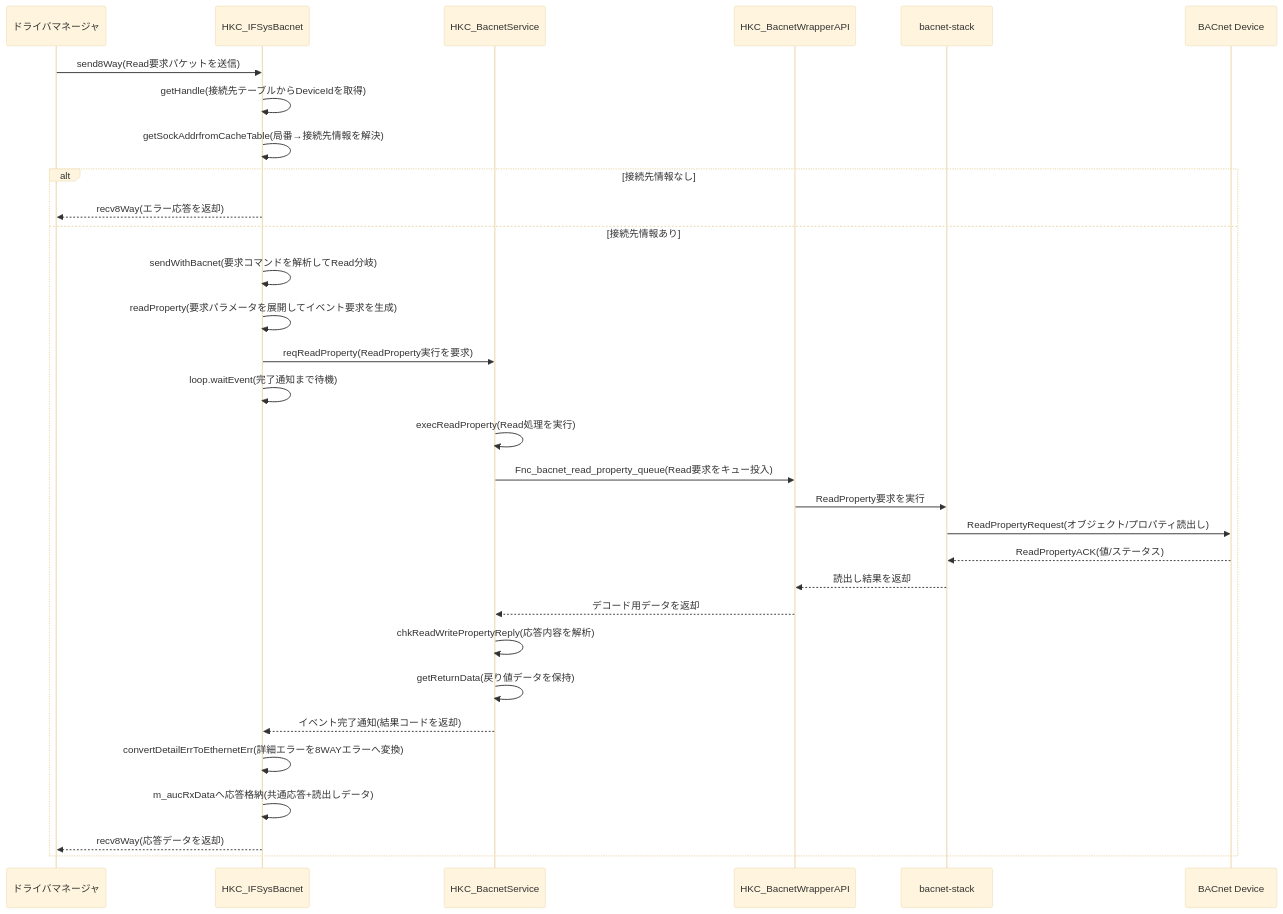
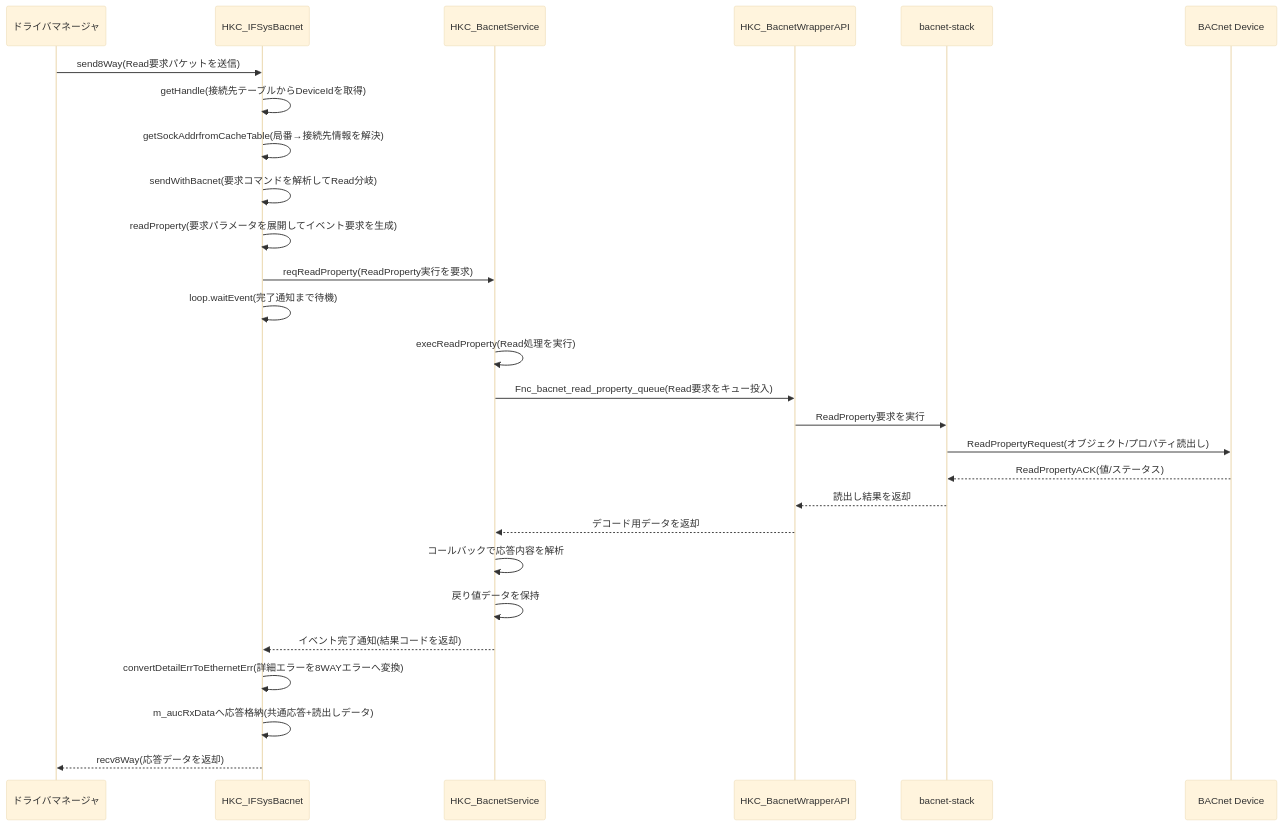
One commit to moto046/markdown-test changed the sixth of 8 diagrams in bacnet.md. Above: the diagram before and after it, drawn with Mermaid (base theme). The commit also changed other lines of this file, not shown here.

````diff
--- a/bacnet.md
+++ b/bacnet.md
@@ -93,37 +185,33 @@
 ```mermaid
 sequenceDiagram
   participant DM as ドライバマネージャ
   participant BAC as HKC_IFSysBacnet
   participant SVC as HKC_BacnetService
   participant WRP as HKC_BacnetWrapperAPI
   participant STK as bacnet-stack
   participant DEV as BACnet Device
 
   DM->>BAC: send8Way(Read要求パケットを送信)
   BAC->>BAC: getHandle(接続先テーブルからDeviceIdを取得)
   BAC->>BAC: getSockAddrfromCacheTable(局番→接続先情報を解決)
 
-  alt 接続先情報なし
-    BAC-->>DM: recv8Way(エラー応答を返却)
-  else 接続先情報あり
-    BAC->>BAC: sendWithBacnet(要求コマンドを解析してRead分岐)
-    BAC->>BAC: readProperty(要求パラメータを展開してイベント要求を生成)
-    BAC->>SVC: reqReadProperty(ReadProperty実行を要求)
-    BAC->>BAC: loop.waitEvent(完了通知まで待機)
+  BAC->>BAC: sendWithBacnet(要求コマンドを解析してRead分岐)
+  BAC->>BAC: readProperty(要求パラメータを展開してイベント要求を生成)
+  BAC->>SVC: reqReadProperty(ReadProperty実行を要求)
+  BAC->>BAC: loop.waitEvent(完了通知まで待機)
 
-    SVC->>SVC: execReadProperty(Read処理を実行)
-    SVC->>WRP: Fnc_bacnet_read_property_queue(Read要求をキュー投入)
-    WRP->>STK: ReadProperty要求を実行
-    STK->>DEV: ReadPropertyRequest(オブジェクト/プロパティ読出し)
-    DEV-->>STK: ReadPropertyACK(値/ステータス)
-    STK-->>WRP: 読出し結果を返却
-    WRP-->>SVC: デコード用データを返却
-    SVC->>SVC: chkReadWritePropertyReply(応答内容を解析)
-    SVC->>SVC: getReturnData(戻り値データを保持)
-    SVC-->>BAC: イベント完了通知(結果コードを返却)
+  SVC->>SVC: execReadProperty(Read処理を実行)
+  SVC->>WRP: Fnc_bacnet_read_property_queue(Read要求をキュー投入)
+  WRP->>STK: ReadProperty要求を実行
+  STK->>DEV: ReadPropertyRequest(オブジェクト/プロパティ読出し)
+  DEV-->>STK: ReadPropertyACK(値/ステータス)
+  STK-->>WRP: 読出し結果を返却
+  WRP-->>SVC: デコード用データを返却
+  SVC->>SVC: コールバックで応答内容を解析
+  SVC->>SVC: 戻り値データを保持
+  SVC-->>BAC: イベント完了通知(結果コードを返却)
 
-    BAC->>BAC: convertDetailErrToEthernetErr(詳細エラーを8WAYエラーへ変換)
-    BAC->>BAC: m_aucRxDataへ応答格納(共通応答+読出しデータ)
-    BAC-->>DM: recv8Way(応答データを返却)
-  end
+  BAC->>BAC: convertDetailErrToEthernetErr(詳細エラーを8WAYエラーへ変換)
+  BAC->>BAC: m_aucRxDataへ応答格納(共通応答+読出しデータ)
+  BAC-->>DM: recv8Way(応答データを返却)
 ```
````
